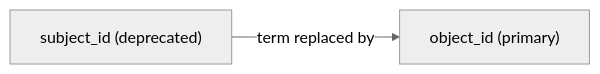
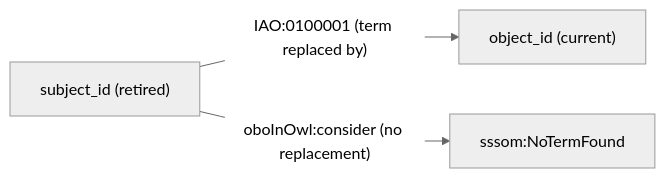
Before and after one commit to jmillanacosta/pysec2pri: the first of 4 diagrams in README.md, drawn with Mermaid (neutral theme). The commit also changed other lines of this file and 48 other files, not shown here.

````diff
--- a/README.md
+++ b/README.md
@@ -164,6 +164,8 @@
 ```mermaid
 flowchart LR
-    D["subject_id (deprecated)"]
-    P["object_id (primary)"]
-    D -->|"term replaced by"| P
+    S["subject_id (retired)"]
+    P["object_id (current)"]
+    N["sssom:NoTermFound"]
+    S -->|"IAO:0100001 (term replaced by)"| P
+    S -->|"oboInOwl:consider (no replacement)"| N
 ```
````
